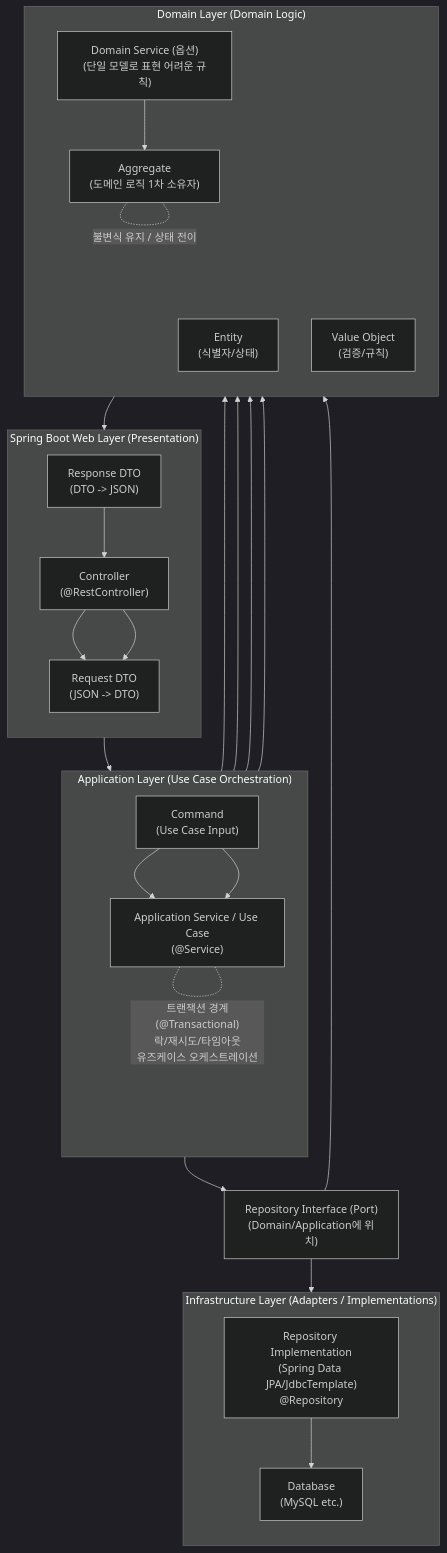
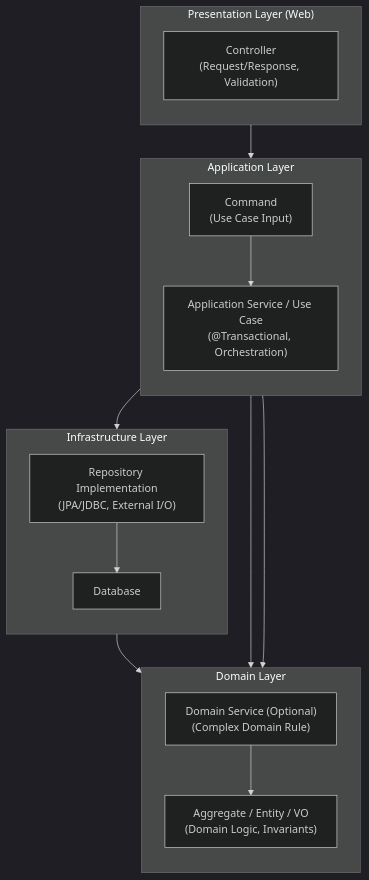
The diagram in README.md (pasudo123/ddd), drawn with Mermaid (dark theme) before and after one commit.

Commit message:
Refactor architecture diagram in README.md

````diff
--- a/README.md
+++ b/README.md
@@ -60,64 +60,38 @@
 ```mermaid
 flowchart TB
-  %% ==========================================================
-  %% Spring Boot Layered Architecture + DDD (Chapter06)
-  %% ==========================================================
+  %% Layered Architecture + DDD (Simple)
 
-  subgraph WEB["Spring Boot Web Layer (Presentation)"]
+  subgraph PRESENTATION["Presentation Layer (Web)"]
     direction TB
-    CONTROLLER["Controller<br/>(@RestController)"] --> REQ_DTO["Request DTO<br/>(JSON -> DTO)"]
-    RES_DTO["Response DTO<br/>(DTO -> JSON)"]
+    CONTROLLER["Controller<br/>(Request/Response, Validation)"]
   end
 
-  subgraph APP["Application Layer (Use Case Orchestration)"]
+  subgraph APPLICATION["Application Layer"]
     direction TB
-    COMMAND["Command<br/>(Use Case Input)"] --> USECASE["Application Service / Use Case<br/>(@Service)"]
-    USECASE -. "트랜잭션 경계(@Transactional)<br/>락/재시도/타임아웃<br/>유즈케이스 오케스트레이션" .- USECASE
+    APP_SERVICE["Application Service / Use Case<br/>(@Transactional, Orchestration)"]
+    COMMAND["Command<br/>(Use Case Input)"]
   end
 
-  subgraph DOMAIN["Domain Layer (Domain Logic)"]
+  subgraph DOMAIN["Domain Layer"]
     direction TB
-    AGGREGATE["Aggregate<br/>(도메인 로직 1차 소유자)"]
-    ENTITY["Entity<br/>(식별자/상태)"]
-    VALUE_OBJECT["Value Object<br/>(검증/규칙)"]
-    DOMAIN_SERVICE["Domain Service (옵션)<br/>(단일 모델로 표현 어려운 규칙)"]
-
-    DOMAIN_SERVICE --> AGGREGATE
-    AGGREGATE -. "불변식 유지 / 상태 전이" .- AGGREGATE
+    AGG["Aggregate / Entity / VO<br/>(Domain Logic, Invariants)"]
+    DOMAIN_SVC["Domain Service (Optional)<br/>(Complex Domain Rule)"]
   end
 
-  subgraph INFRA["Infrastructure Layer (Adapters / Implementations)"]
+  subgraph INFRA["Infrastructure Layer"]
     direction TB
-    REPO_IMPL["Repository Implementation<br/>(Spring Data JPA/JdbcTemplate)<br/>@Repository"]
-    DB["Database<br/>(MySQL etc.)"]
-
-    REPO_IMPL --> DB
+    REPO["Repository Implementation<br/>(JPA/JDBC, External I/O)"]
+    DB["Database"]
   end
 
-  %% ==========================================================
-  %% Ports (Interfaces) - Often placed in Domain or Application
-  %% ==========================================================
-  REPO_PORT["Repository Interface (Port)<br/>(Domain/Application에 위치)"]
+  CONTROLLER --> COMMAND
+  COMMAND --> APP_SERVICE
 
-  %% ==========================================================
-  %% Flow
-  %% ==========================================================
-  CONTROLLER --> REQ_DTO
-  REQ_DTO --> COMMAND
-  COMMAND --> USECASE
+  APP_SERVICE --> AGG
+  APP_SERVICE --> DOMAIN_SVC
+  DOMAIN_SVC --> AGG
 
-  USECASE --> REPO_PORT
-  REPO_PORT --> REPO_IMPL
-
-  USECASE --> AGGREGATE
-  USECASE --> ENTITY
-  USECASE --> VALUE_OBJECT
-  USECASE --> DOMAIN_SERVICE
-
-  AGGREGATE --> RES_DTO
-  RES_DTO --> CONTROLLER
-
-  %% Note: Aggregate loading
-  REPO_PORT --> AGGREGATE
-
+  APP_SERVICE --> REPO
+  REPO --> DB
+  REPO --> AGG
 ```
````
